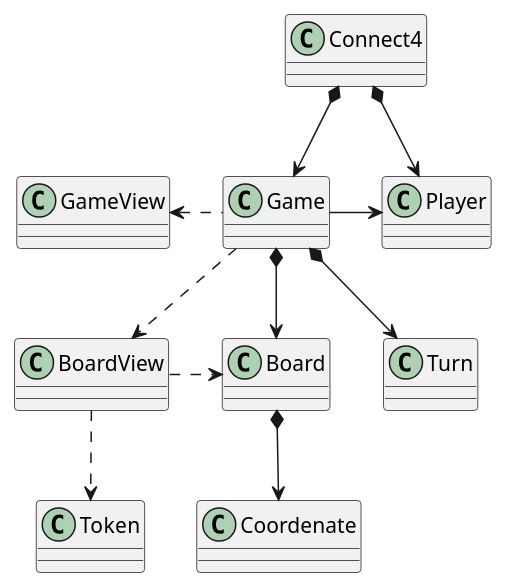
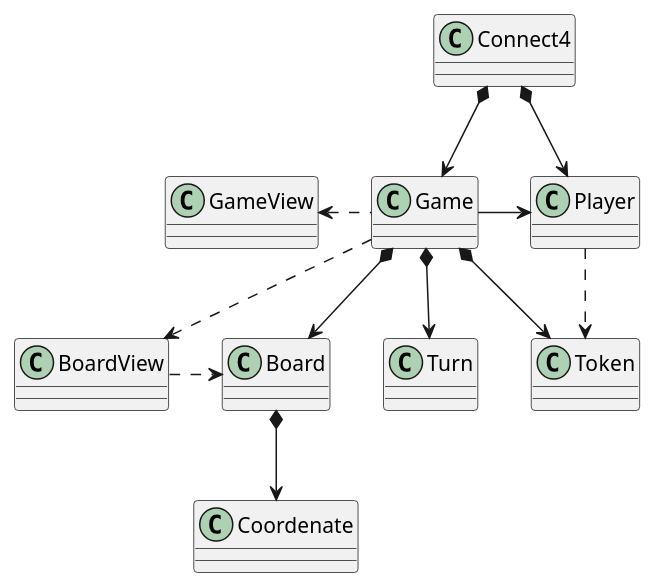
One commit to BernatQI/Master-Programacion-Diseno-Software changed the diagram in Connect4/images/structure-diagrams/classes-diagram.plantuml. Above: the diagram before and after it, drawn with PlantUML.

Commit message:
update class diagram

```diff
--- a/Connect4/images/structure-diagrams/classes-diagram.plantuml
+++ b/Connect4/images/structure-diagrams/classes-diagram.plantuml
@@ -1,24 +1,25 @@
 @startuml "Classes Diagram"
 
 class Connect4
 class Game
 class Coordenate
 class GameView
 class Turn
 class Token
 class Board
 class BoardView
 class Player
 
 Connect4 *--> Player
 Connect4 *--> Game
 Game .left> GameView
 Game -> Player
 Game *--> Board
 Game *--> Turn
 Game .-> BoardView
 BoardView .> Board
-BoardView ..> Token
+Player ..> Token
+Game *--> Token
 Board *--> Coordenate
 
 @enduml
```
